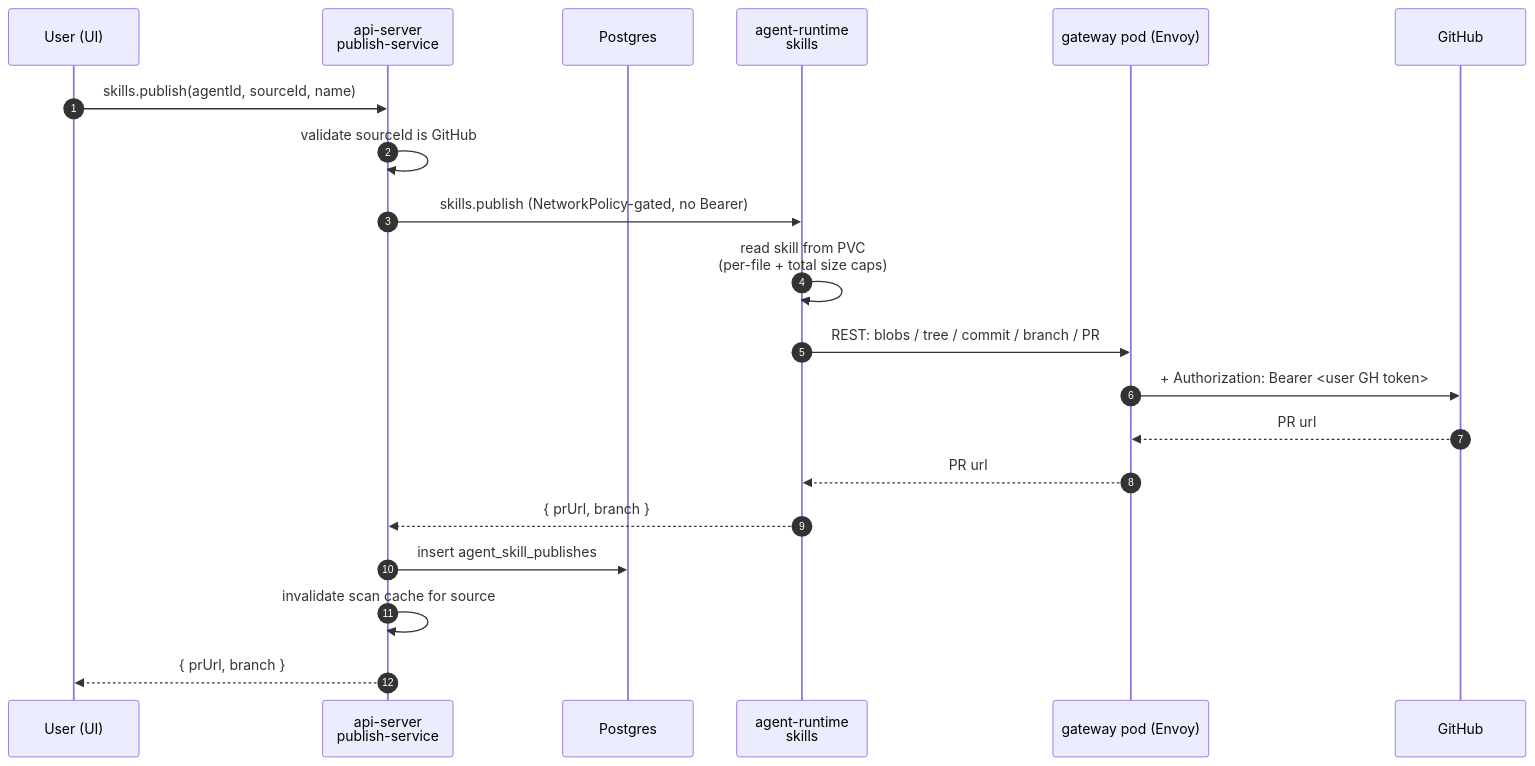
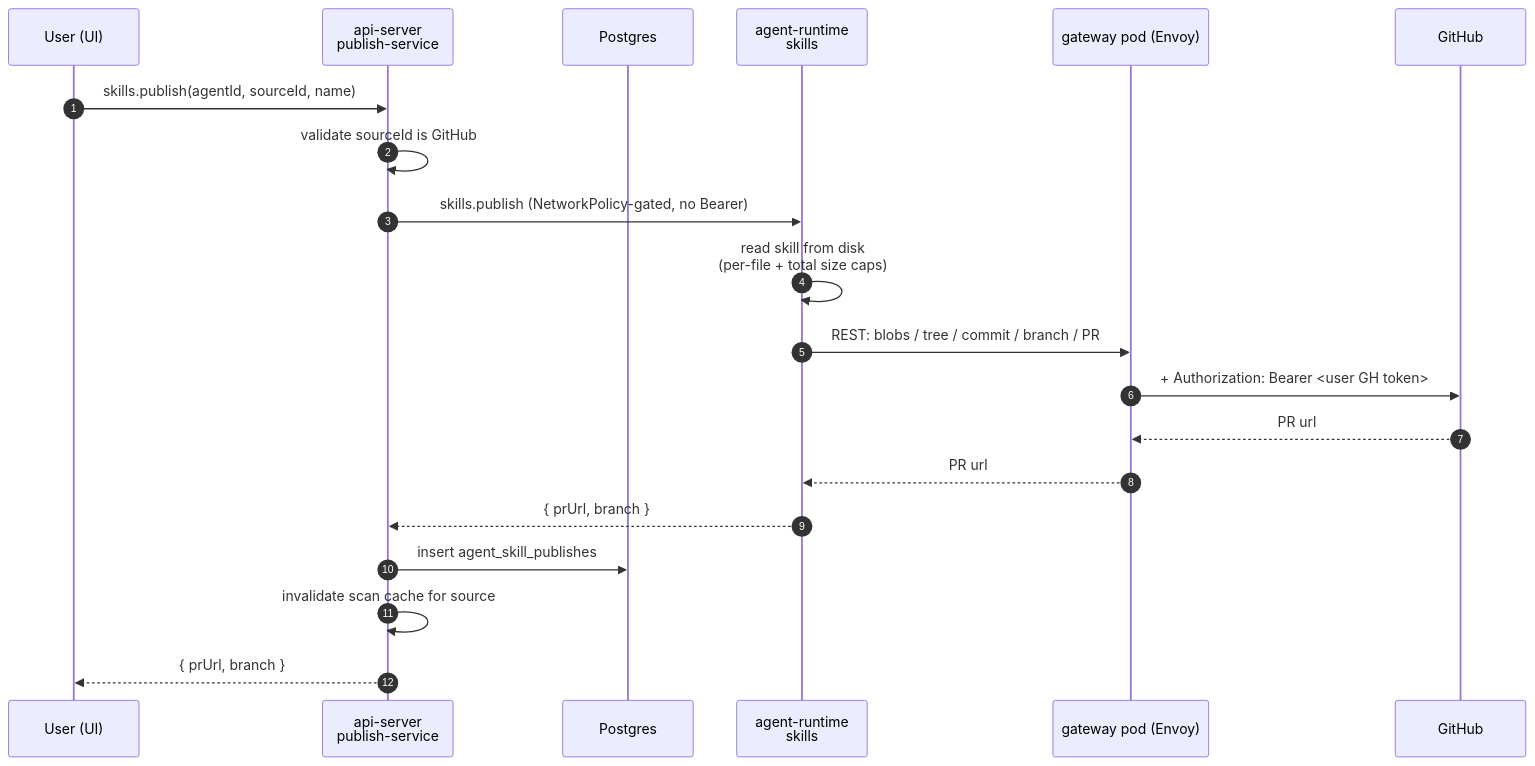
The third of 3 diagrams in docs/architecture/skills.md (dam-agents/dam), drawn with Mermaid before and after one commit. The commit also changed other lines of this file and 53 other files, not shown here.

````diff
--- a/docs/architecture/skills.md
+++ b/docs/architecture/skills.md
@@ -313,23 +313,23 @@
 ```mermaid
 sequenceDiagram
   autonumber
   participant U as User (UI)
   participant API as api-server<br/>publish-service
   participant DB as Postgres
   participant RT as agent-runtime<br/>skills
   participant ENV as gateway pod (Envoy)
   participant GH as GitHub
 
   U->>API: skills.publish(agentId, sourceId, name)
   API->>API: validate sourceId is GitHub
   API->>RT: skills.publish (NetworkPolicy-gated, no Bearer)
-  RT->>RT: read skill from PVC<br/>(per-file + total size caps)
+  RT->>RT: read skill from disk<br/>(per-file + total size caps)
   RT->>ENV: REST: blobs / tree / commit / branch / PR
   ENV->>GH: + Authorization: Bearer <user GH token>
   GH-->>ENV: PR url
   ENV-->>RT: PR url
   RT-->>API: { prUrl, branch }
   API->>DB: insert agent_skill_publishes
   API->>API: invalidate scan cache for source
   API-->>U: { prUrl, branch }
 ```
````
